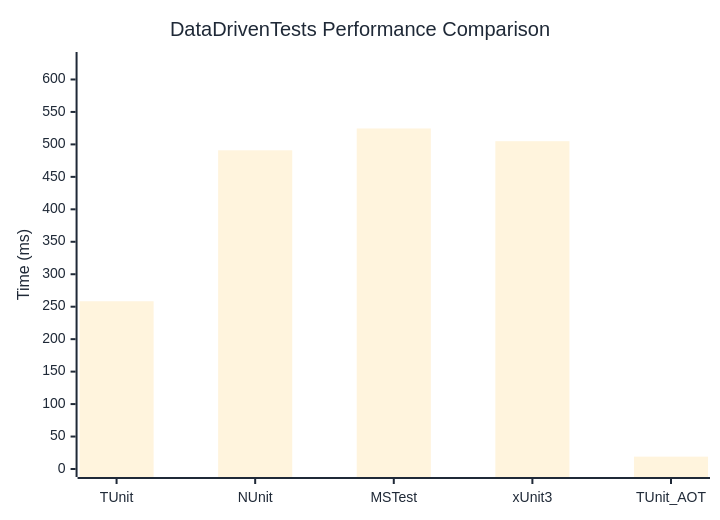
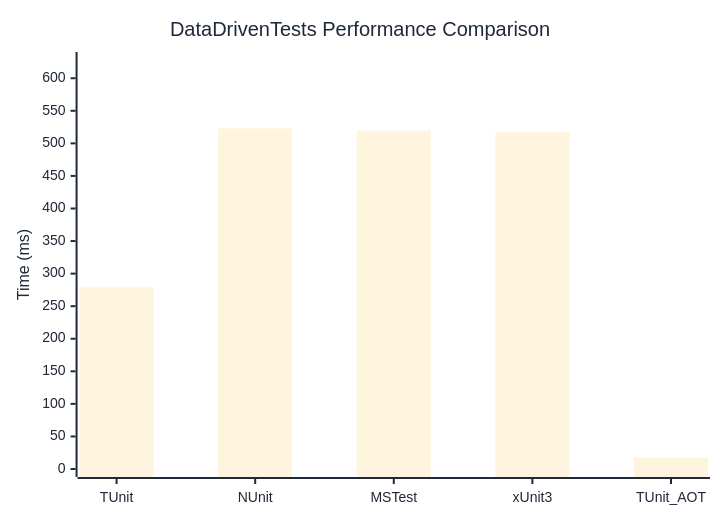
One commit to thomhurst/TUnit changed the diagram in docs/docs/benchmarks/DataDrivenTests.md. Above: the diagram before and after it, drawn with Mermaid. The commit also changed other lines of this file and 16 other files, not shown here.

````diff
--- a/docs/docs/benchmarks/DataDrivenTests.md
+++ b/docs/docs/benchmarks/DataDrivenTests.md
@@ -27,37 +27,37 @@
 ```mermaid
 %%{init: {
   'theme':'base',
   'themeVariables': {
     'primaryColor': '#2563eb',
     'primaryTextColor': '#1f2937',
     'primaryBorderColor': '#1e40af',
     'lineColor': '#6b7280',
     'secondaryColor': '#7c3aed',
     'tertiaryColor': '#dc2626',
     'background': '#ffffff',
     'mainBkg': '#2563eb',
     'secondBkg': '#7c3aed',
     'tertiaryBkg': '#dc2626',
     'clusterBkg': '#f3f4f6',
     'edgeLabelBackground': '#ffffff',
     'tertiaryTextColor': '#1f2937',
     'pie1': '#2563eb',
     'pie2': '#7c3aed',
     'pie3': '#dc2626',
     'pie4': '#f59e0b',
     'pie5': '#10b981',
     'pie6': '#06b6d4',
     'pie7': '#ec4899',
     'pie8': '#6366f1',
     'pie9': '#84cc16',
     'pie10': '#f97316',
     'pie11': '#14b8a6',
     'pie12': '#a855f7'
   }
 }}%%
 xychart-beta
   title "DataDrivenTests Performance Comparison"
   x-axis ["TUnit", "NUnit", "MSTest", "xUnit3", "TUnit_AOT"]
-  y-axis "Time (ms)" 0 --> 630
-  bar [258.4, 490.92, 524.54, 504.95, 19.02]
+  y-axis "Time (ms)" 0 --> 628
+  bar [278.88, 522.96, 519.49, 516.82, 17.85]
 ```
````
